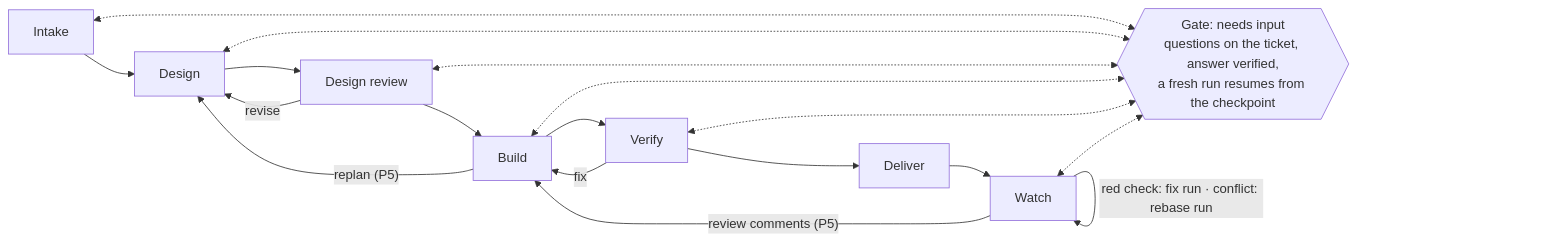
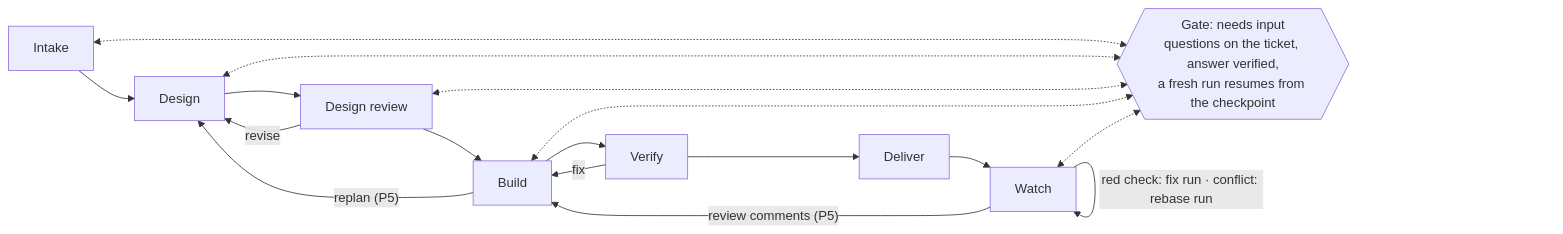
The first of 2 diagrams in docs/design/architecture.md (pitchopp/owlshift), drawn with Mermaid before and after one commit. The commit also changed other lines of this file and 7 other files, not shown here.

````diff
--- a/docs/design/architecture.md
+++ b/docs/design/architecture.md
@@ -74,16 +74,15 @@
 ```mermaid
 flowchart LR
     intake[Intake] --> design[Design] --> review[Design review] --> build[Build] --> verify[Verify] --> deliver[Deliver] --> watch[Watch]
     review -- revise --> design
     build -- "replan (P5)" --> design
     verify -- fix --> build
     watch -- "review comments (P5)" --> build
     watch -- "red check: fix run · conflict: rebase run" --> watch
     gate{{"Gate: needs input<br/>questions on the ticket, answer verified,<br/>a fresh run resumes from the checkpoint"}}
     intake <-.-> gate
     design <-.-> gate
     review <-.-> gate
     build <-.-> gate
-    verify <-.-> gate
     watch <-.-> gate
 ```
````
